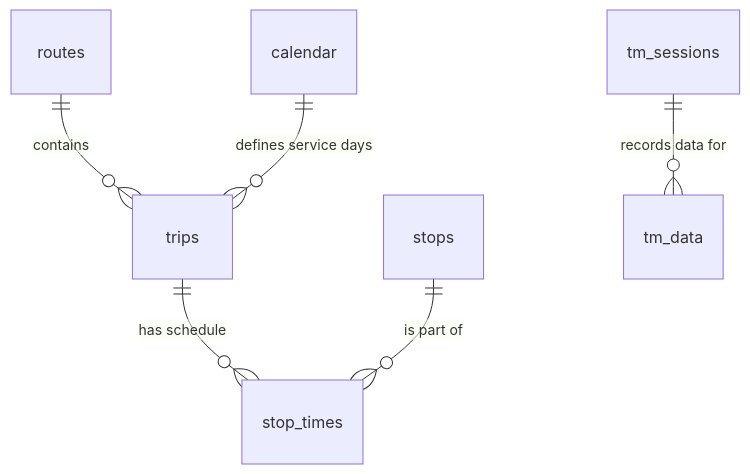
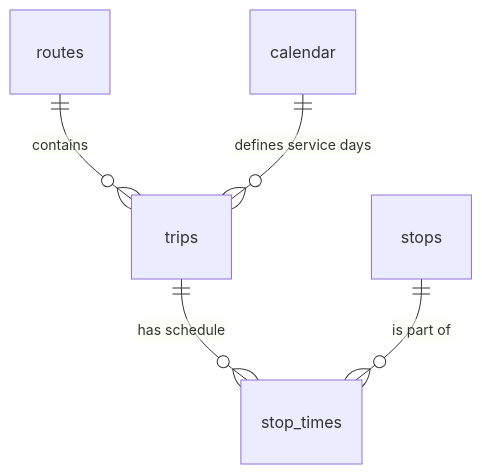
One commit to samuele-brusegan/actv-live changed the diagram in docs/database.md. Above: the diagram before and after it, drawn with Mermaid. The commit also changed other lines of this file and 37 other files, not shown here.

````diff
--- a/docs/database.md
+++ b/docs/database.md
@@ -44,8 +44,7 @@
 ```mermaid
 erDiagram
     routes ||--o{ trips : contains
     trips ||--o{ stop_times : "has schedule"
     stops ||--o{ stop_times : "is part of"
     calendar ||--o{ trips : "defines service days"
-    tm_sessions ||--o{ tm_data : "records data for"
 ```
````
